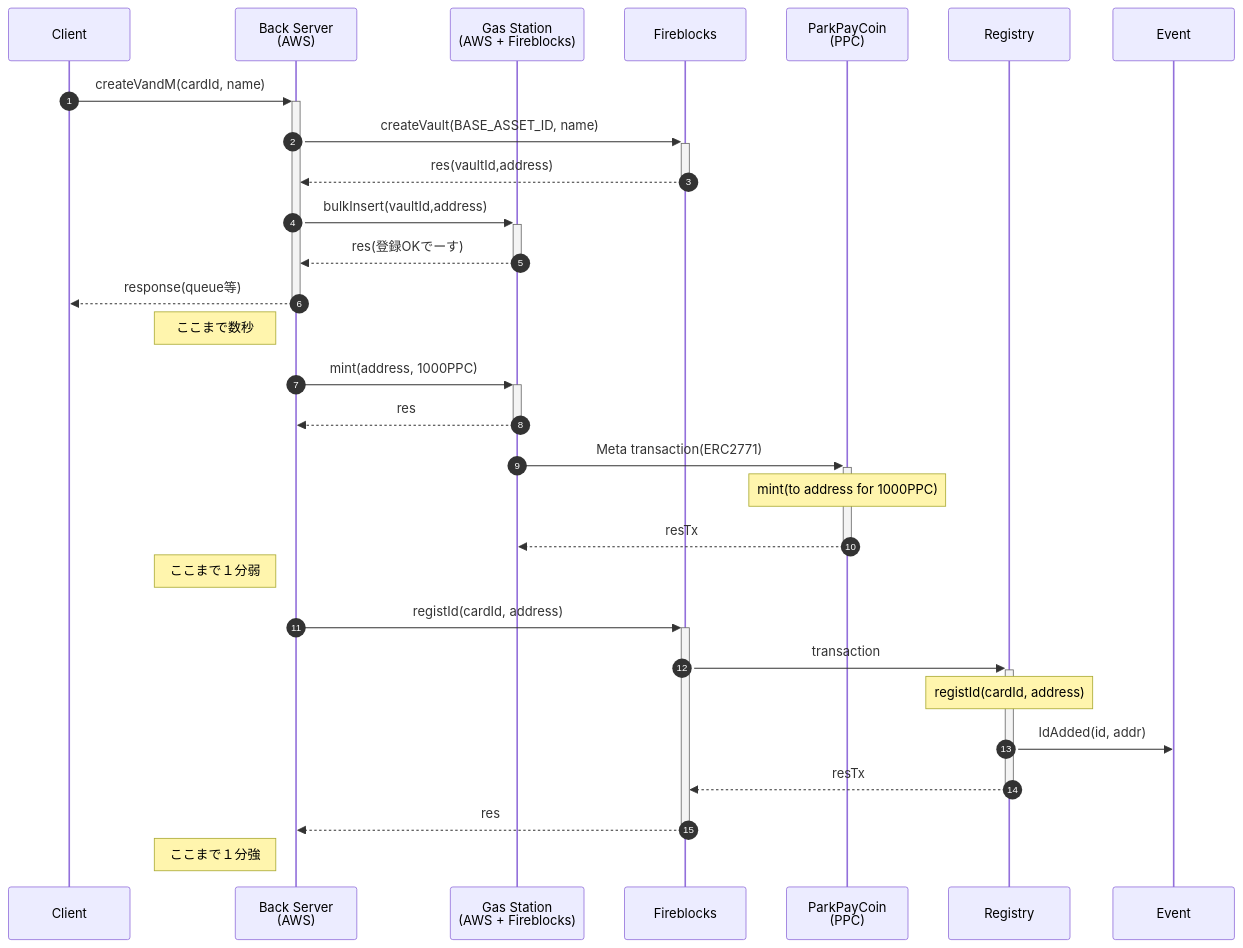
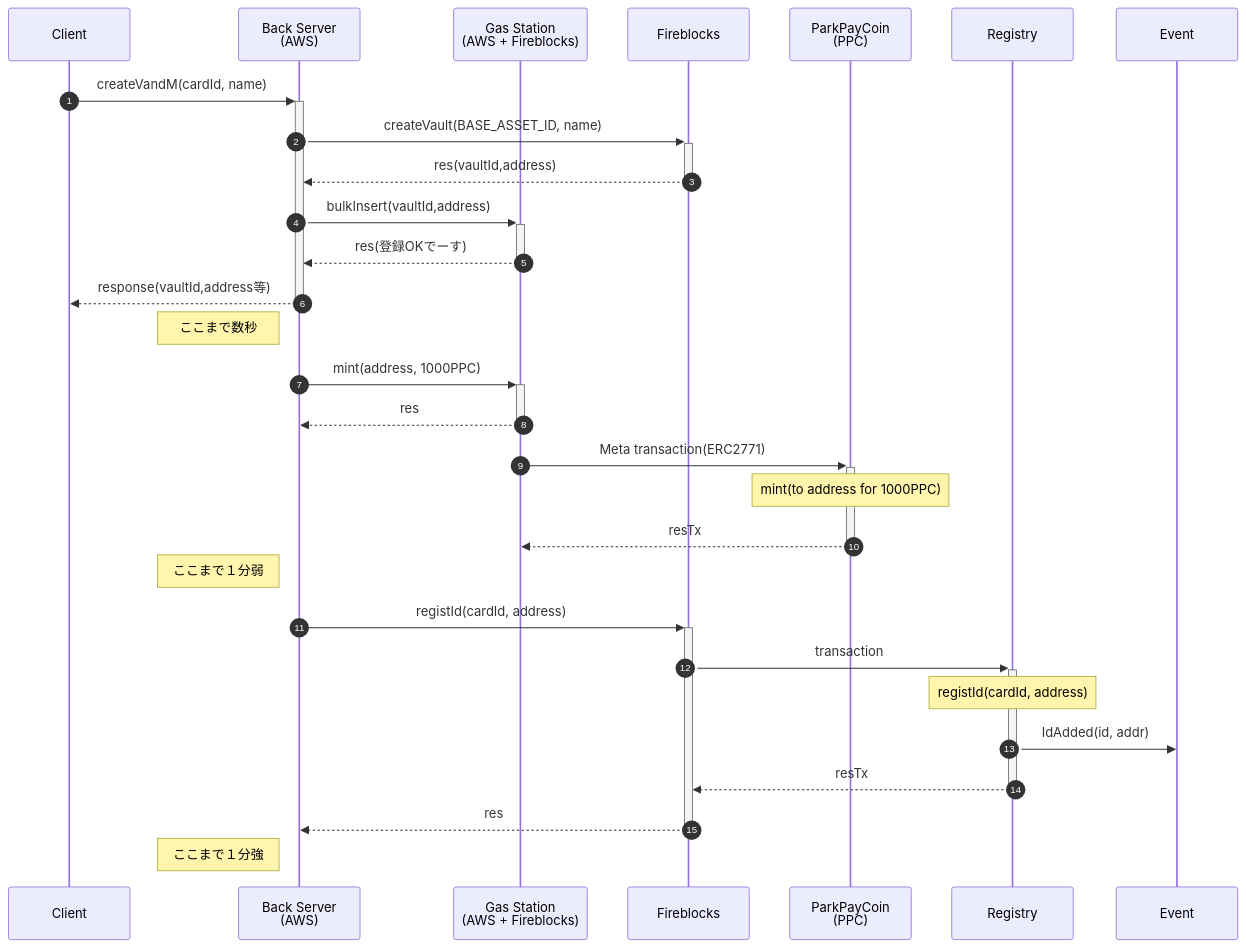
The third of 6 diagrams in README.md (mahiroaug/ParkingPayment), drawn with Mermaid before and after one commit. The commit also changed other lines of this file and 3 other files, not shown here.

````diff
--- a/README.md
+++ b/README.md
@@ -397,37 +397,37 @@
 ```mermaid
 sequenceDiagram
 
     participant Client as Client
     participant Back as Back Server<br>(AWS)
     participant GSN as Gas Station<br>(AWS + Fireblocks)
     participant FB as Fireblocks
     participant PPC as ParkPayCoin<br>(PPC)
     participant Registry
     participant Event
     autonumber
 
     Client->>+Back: createVandM(cardId, name)
     Back->>+FB: createVault(BASE_ASSET_ID, name)
     FB-->>-Back: res(vaultId,address)
     Back->>+GSN: bulkInsert(vaultId,address)
     GSN-->>-Back: res(登録OKでーす)
-    Back-->>-Client: response(queue等)
+    Back-->>-Client: response(vaultId,address等)
 
     Note left of Back:ここまで数秒
 
     Back->>+GSN: mint(address, 1000PPC)
     GSN-->>-Back: res
     GSN->>+PPC: Meta transaction(ERC2771)
     Note over PPC: mint(to address for 1000PPC)
     PPC-->>-GSN: resTx
 
     Note left of Back:ここまで１分弱
 
     Back->>+FB: registId(cardId, address)
     FB->>+Registry: transaction
     Note over Registry: registId(cardId, address)
     Registry->>Event: IdAdded(id, addr)
     Registry-->>-FB: resTx
     FB-->>-Back: res
     Note left of Back:ここまで１分強
 ```
````
